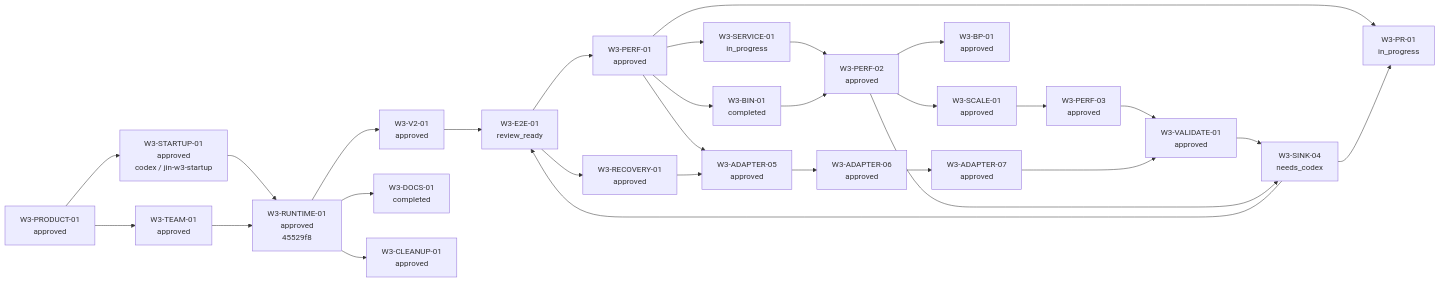
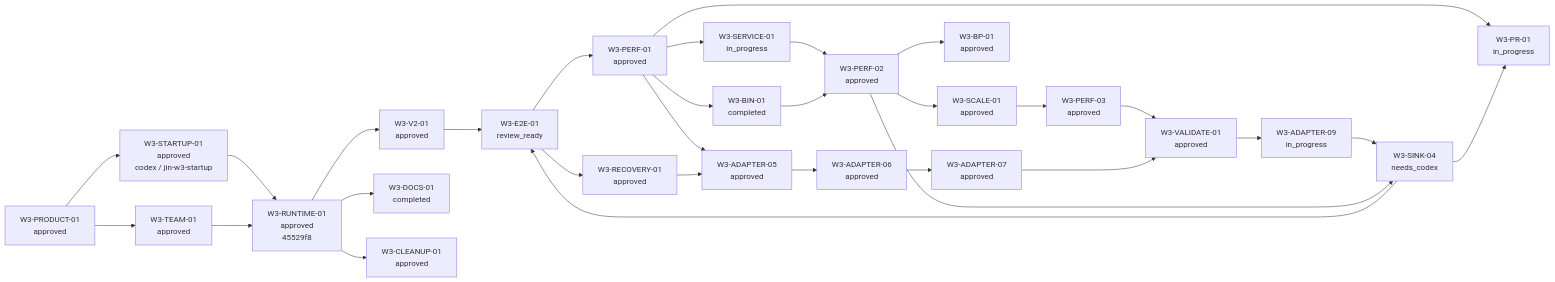
The diagram in .execution/program.md (mendeleden/jin), drawn with Mermaid before and after one commit. The commit also changed other lines of this file and 143 other files, not shown here.

````diff
--- a/.execution/program.md
+++ b/.execution/program.md
@@ -9,54 +9,56 @@
 ```mermaid
 flowchart LR
   Product["W3-PRODUCT-01<br/>approved"]
   Startup["W3-STARTUP-01<br/>approved<br/>codex / jin-w3-startup"]
   Team["W3-TEAM-01<br/>approved"]
   Runtime["W3-RUNTIME-01<br/>approved<br/>45529f8"]
   V2["W3-V2-01<br/>approved"]
   Docs["W3-DOCS-01<br/>completed"]
   Cleanup["W3-CLEANUP-01<br/>approved"]
   E2E["W3-E2E-01<br/>review_ready"]
   Perf["W3-PERF-01<br/>approved"]
   Perf2["W3-PERF-02<br/>approved"]
   Perf3["W3-PERF-03<br/>approved"]
   Scale["W3-SCALE-01<br/>approved"]
   BPPerf["W3-BP-01<br/>approved"]
   Recovery["W3-RECOVERY-01<br/>approved"]
   AdapterAudit["W3-ADAPTER-05<br/>approved"]
   ClaudeHarden["W3-ADAPTER-06<br/>approved"]
   ClaudeLive["W3-ADAPTER-07<br/>approved"]
+  ClaudeFix["W3-ADAPTER-09<br/>in_progress"]
   Validate["W3-VALIDATE-01<br/>approved"]
   Sink04["W3-SINK-04<br/>needs_codex"]
   Binary["W3-BIN-01<br/>completed"]
   Service["W3-SERVICE-01<br/>in_progress"]
   PR["W3-PR-01<br/>in_progress"]
 
   Product --> Startup
   Product --> Team
   Startup --> Runtime
   Team --> Runtime
   Runtime --> V2
   Runtime --> Docs
   Runtime --> Cleanup
   V2 --> E2E
   E2E --> Perf
   E2E --> Recovery
   Perf --> AdapterAudit
   Recovery --> AdapterAudit
   AdapterAudit --> ClaudeHarden
   ClaudeHarden --> ClaudeLive
   Perf --> Binary
   Perf --> Service
   Perf --> PR
   Service --> Perf2
   Binary --> Perf2
   Perf2 --> Scale
   Scale --> Perf3
   Perf2 --> BPPerf
   Perf3 --> Validate
   ClaudeLive --> Validate
-  Validate --> Sink04
+  Validate --> ClaudeFix
+  ClaudeFix --> Sink04
   Perf2 --> Sink04
   Sink04 --> E2E
   Sink04 --> PR
 ```
````
